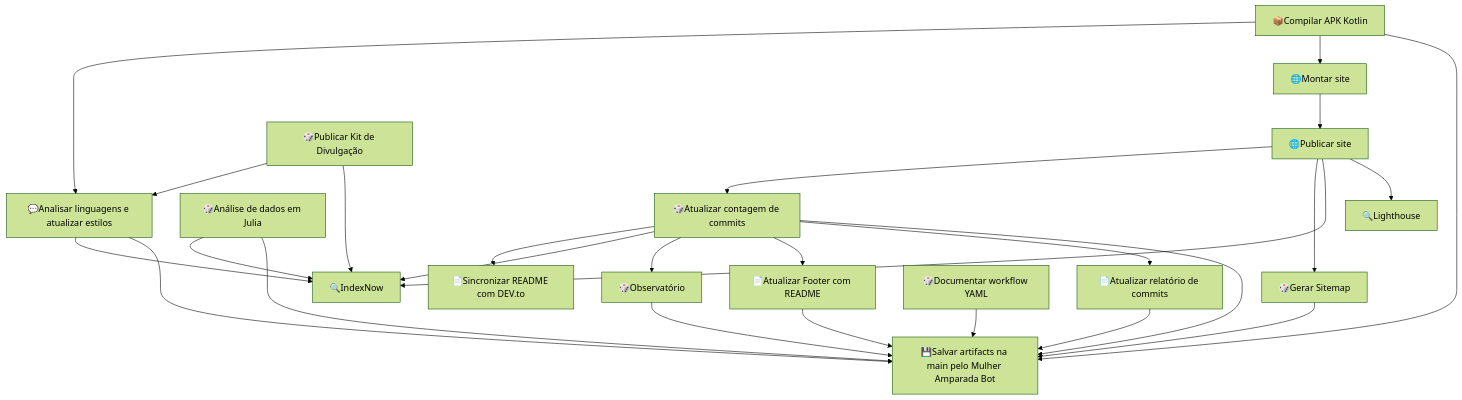
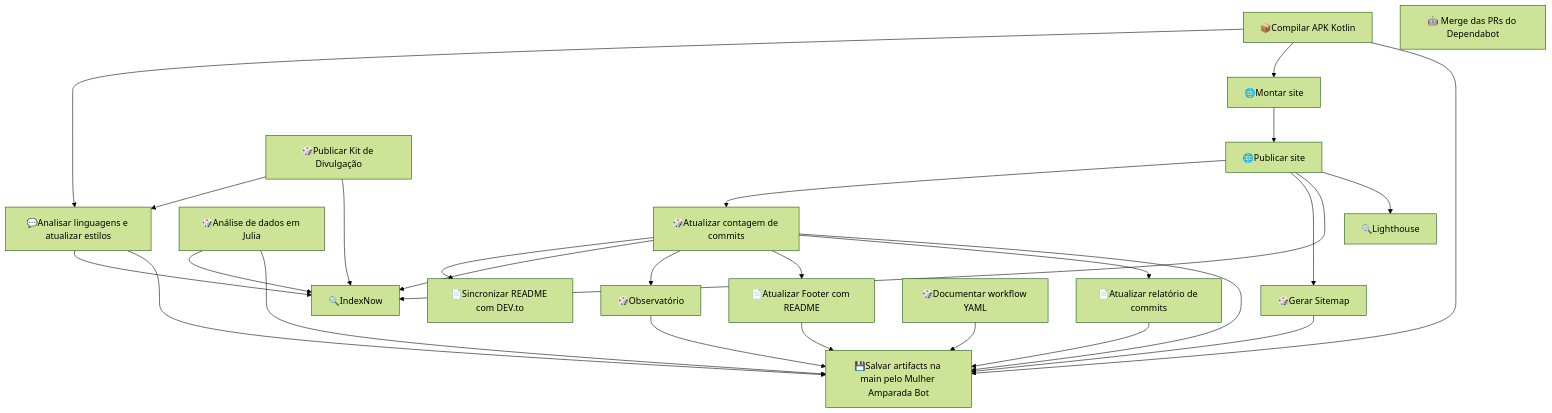
The diagram in pesquisas/workflow.md (mulher-amparada/mulher-amparada-app), drawn with Mermaid (forest theme) before and after one commit. The commit also changed other lines of this file and 7 other files, not shown here.

````diff
--- a/pesquisas/workflow.md
+++ b/pesquisas/workflow.md
@@ -33,44 +34,45 @@
 ```mermaid
 flowchart TD
     job_build["📦Compilar APK Kotlin"]
+    job_dependabot_merge["🤖 Merge das PRs do Dependabot"]
     job_linguagens["💬Analisar linguagens e atualizar estilos"]
     job_bot["🎲Análise de dados em Julia"]
     job_build_site["🌐Montar site"]
     job_deploy["🌐Publicar site"]
     job_atualizar_commits["🎲Atualizar contagem de commits"]
     job_sincronizar_devto["📄Sincronizar README com DEV.to"]
     job_sitemap["🎲Gerar Sitemap"]
     job_indexnow["🔍IndexNow"]
     job_lighthouse["🔍Lighthouse"]
     job_publicar_divulgacao["🎲Publicar Kit de Divulgação"]
     job_observatorio["🎲Observatório"]
     job_atualizar_footer["📄Atualizar Footer com README"]
     job_atualizar_relatorio_commits["📄Atualizar relatório de commits"]
     job_pesquisar_projeto["🎲Documentar workflow YAML"]
     job_salvar_na_main["💾Salvar artifacts na main pelo Mulher Amparada Bot"]
     job_build --> job_linguagens
     job_publicar_divulgacao --> job_linguagens
     job_build --> job_build_site
     job_build_site --> job_deploy
     job_deploy --> job_atualizar_commits
     job_atualizar_commits --> job_sincronizar_devto
     job_deploy --> job_sitemap
     job_deploy --> job_indexnow
     job_bot --> job_indexnow
     job_linguagens --> job_indexnow
     job_publicar_divulgacao --> job_indexnow
     job_atualizar_commits --> job_indexnow
     job_deploy --> job_lighthouse
     job_atualizar_commits --> job_observatorio
     job_atualizar_commits --> job_atualizar_footer
     job_atualizar_commits --> job_atualizar_relatorio_commits
     job_build --> job_salvar_na_main
     job_linguagens --> job_salvar_na_main
     job_bot --> job_salvar_na_main
     job_atualizar_commits --> job_salvar_na_main
     job_sitemap --> job_salvar_na_main
     job_atualizar_footer --> job_salvar_na_main
     job_atualizar_relatorio_commits --> job_salvar_na_main
     job_pesquisar_projeto --> job_salvar_na_main
     job_observatorio --> job_salvar_na_main
 ```
````
